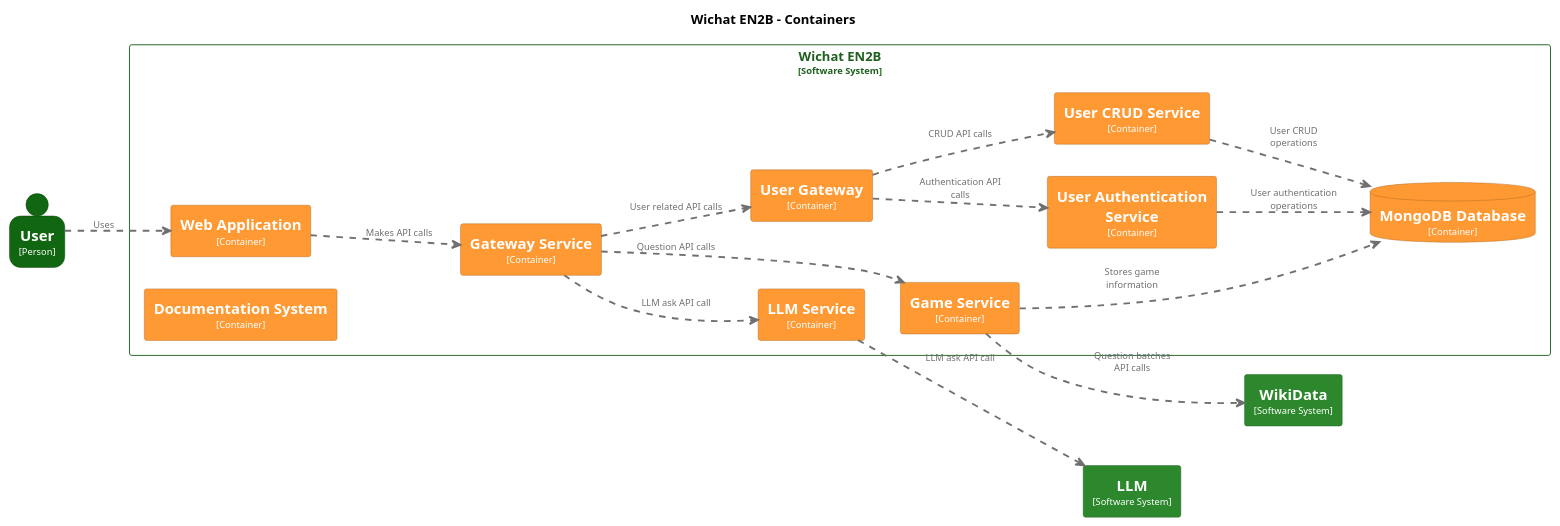
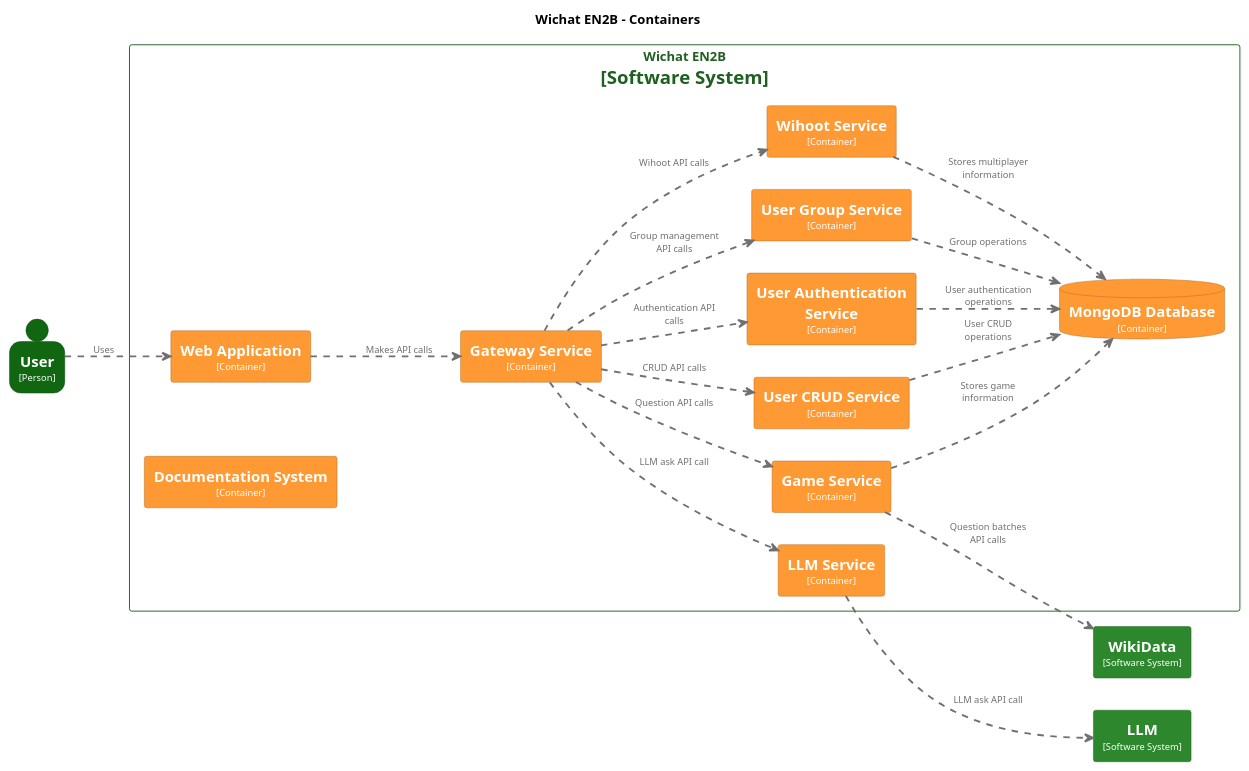
The second of 3 diagrams in docs/src/05_building_block_view.adoc (Arquisoft/wichat_en2b), drawn with PlantUML before and after one commit. The commit also changed other lines of this file, not shown here.

```diff
--- a/docs/src/05_building_block_view.adoc
+++ b/docs/src/05_building_block_view.adoc
@@ -163,13 +163,19 @@
   BorderColor #b26b23
   shadowing false
 }
-skinparam rectangle<<WichatEN2B.UserCRUDService>> {
+skinparam rectangle<<WichatEN2B.UserGroupService>> {
   BackgroundColor #ff9933
   FontColor #ffffff
   BorderColor #b26b23
   shadowing false
 }
-skinparam rectangle<<WichatEN2B.UserGateway>> {
+skinparam rectangle<<WichatEN2B.Wihoot>> {
+  BackgroundColor #ff9933
+  FontColor #ffffff
+  BorderColor #b26b23
+  shadowing false
+}
+skinparam rectangle<<WichatEN2B.UserCRUDService>> {
   BackgroundColor #ff9933
   FontColor #ffffff
   BorderColor #b26b23
@@ -197,29 +203,34 @@
 rectangle "==WikiData\n<size:10>[Software System]</size>" <<WikiData>> as WikiData
 rectangle "==LLM\n<size:10>[Software System]</size>" <<LLM>> as LLM
 
-rectangle "Wichat EN2B\n<size:10>[Software System]</size>" <<WichatEN2B>> {
+rectangle "Wichat EN2B\n<size:20>[Software System]</size>" <<WichatEN2B>> {
   rectangle "==Game Service\n<size:10>[Container]</size>" <<WichatEN2B.GameService>> as WichatEN2B.GameService
   database "==MongoDB Database\n<size:10>[Container]</size>" <<WichatEN2B.MongoDBDatabase>> as WichatEN2B.MongoDBDatabase
   rectangle "==Web Application\n<size:10>[Container]</size>" <<WichatEN2B.WebApplication>> as WichatEN2B.WebApplication
   rectangle "==Gateway Service\n<size:10>[Container]</size>" <<WichatEN2B.GatewayService>> as WichatEN2B.GatewayService
   rectangle "==Documentation System\n<size:10>[Container]</size>" <<WichatEN2B.DocumentationSystem>> as WichatEN2B.DocumentationSystem
   rectangle "==LLM Service\n<size:10>[Container]</size>" <<WichatEN2B.LLMService>> as WichatEN2B.LLMService
-  rectangle "==User Gateway\n<size:10>[Container]</size>" <<WichatEN2B.UserGateway>> as WichatEN2B.UserGateway
   rectangle "==User CRUD Service\n<size:10>[Container]</size>" <<WichatEN2B.UserCRUDService>> as WichatEN2B.UserCRUDService
   rectangle "==User Authentication Service\n<size:10>[Container]</size>" <<WichatEN2B.UserAuthenticationService>> as WichatEN2B.UserAuthenticationService
+  rectangle "==User Group Service\n<size:10>[Container]</size>" <<WichatEN2B.UserGroupService>> as WichatEN2B.UserGroupService
+  rectangle "==Wihoot Service\n<size:10>[Container]</size>" <<WichatEN2B.Wihoot>> as WichatEN2B.Wihoot
 }
 
 WichatEN2B.LLMService .[#707070,thickness=2].> LLM : "<color:#707070>LLM ask API call"
 User .[#707070,thickness=2].> WichatEN2B.WebApplication : "<color:#707070>Uses"
 WichatEN2B.WebApplication .[#707070,thickness=2].> WichatEN2B.GatewayService : "<color:#707070>Makes API calls"
 WichatEN2B.GatewayService .[#707070,thickness=2].> WichatEN2B.LLMService : "<color:#707070>LLM ask API call"
-WichatEN2B.GatewayService .[#707070,thickness=2].> WichatEN2B.UserGateway : "<color:#707070>User related API calls"
 WichatEN2B.GatewayService .[#707070,thickness=2].> WichatEN2B.GameService : "<color:#707070>Question API calls"
+WichatEN2B.GatewayService .[#707070,thickness=2].> WichatEN2B.Wihoot : "<color:#707070>Wihoot API calls"
 WichatEN2B.GameService .[#707070,thickness=2].> WikiData : "<color:#707070>Question batches API calls"
 WichatEN2B.GameService .[#707070,thickness=2].> WichatEN2B.MongoDBDatabase : "<color:#707070>Stores game information"
-WichatEN2B.UserGateway .[#707070,thickness=2].> WichatEN2B.UserCRUDService : "<color:#707070>CRUD API calls"
-WichatEN2B.UserGateway .[#707070,thickness=2].> WichatEN2B.UserAuthenticationService : "<color:#707070>Authentication API calls"
+WichatEN2B.Wihoot .[#707070,thickness=2].> WichatEN2B.MongoDBDatabase : "<color:#707070>Stores multiplayer information"
+WichatEN2B.GatewayService .[#707070,thickness=2].> WichatEN2B.UserCRUDService : "<color:#707070>CRUD API calls"
+WichatEN2B.GatewayService .[#707070,thickness=2].> WichatEN2B.UserAuthenticationService : "<color:#707070>Authentication API calls"
+WichatEN2B.GatewayService .[#707070,thickness=2].> WichatEN2B.UserGroupService : "<color:#707070>Group management API calls"
 WichatEN2B.UserCRUDService .[#707070,thickness=2].> WichatEN2B.MongoDBDatabase : "<color:#707070>User CRUD operations"
 WichatEN2B.UserAuthenticationService .[#707070,thickness=2].> WichatEN2B.MongoDBDatabase : "<color:#707070>User authentication operations"
+WichatEN2B.UserGroupService .[#707070,thickness=2].> WichatEN2B.MongoDBDatabase : "<color:#707070>Group operations"
 @enduml
+
 ----
```
